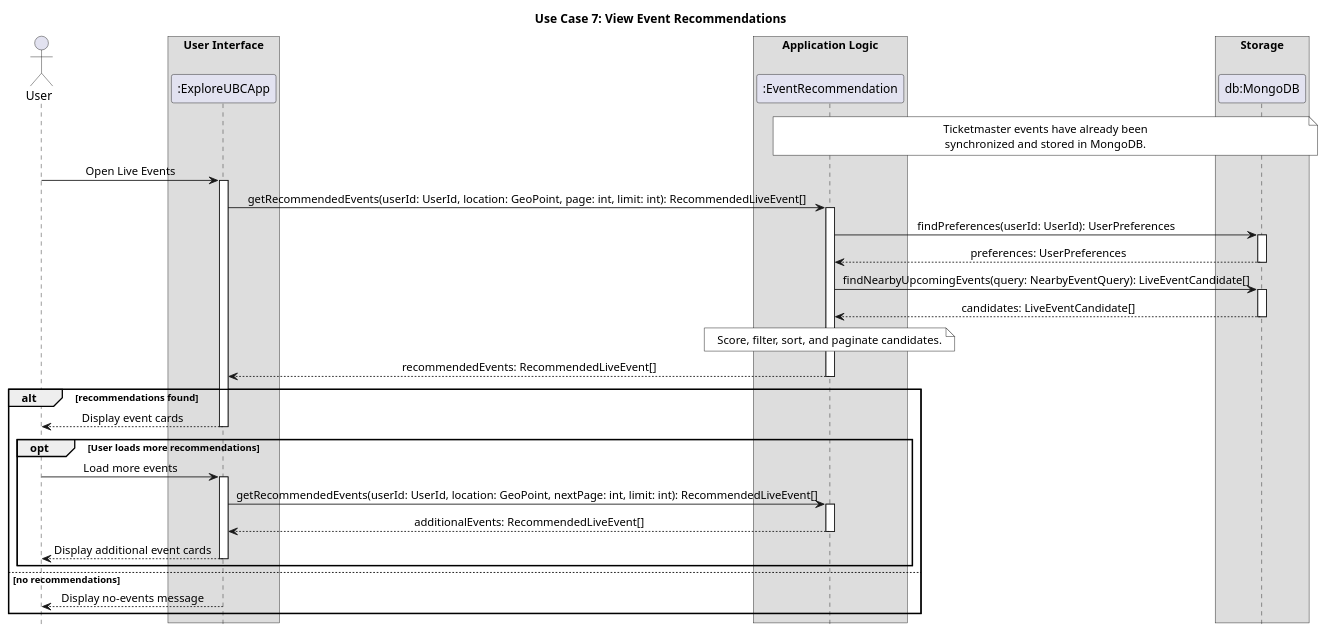
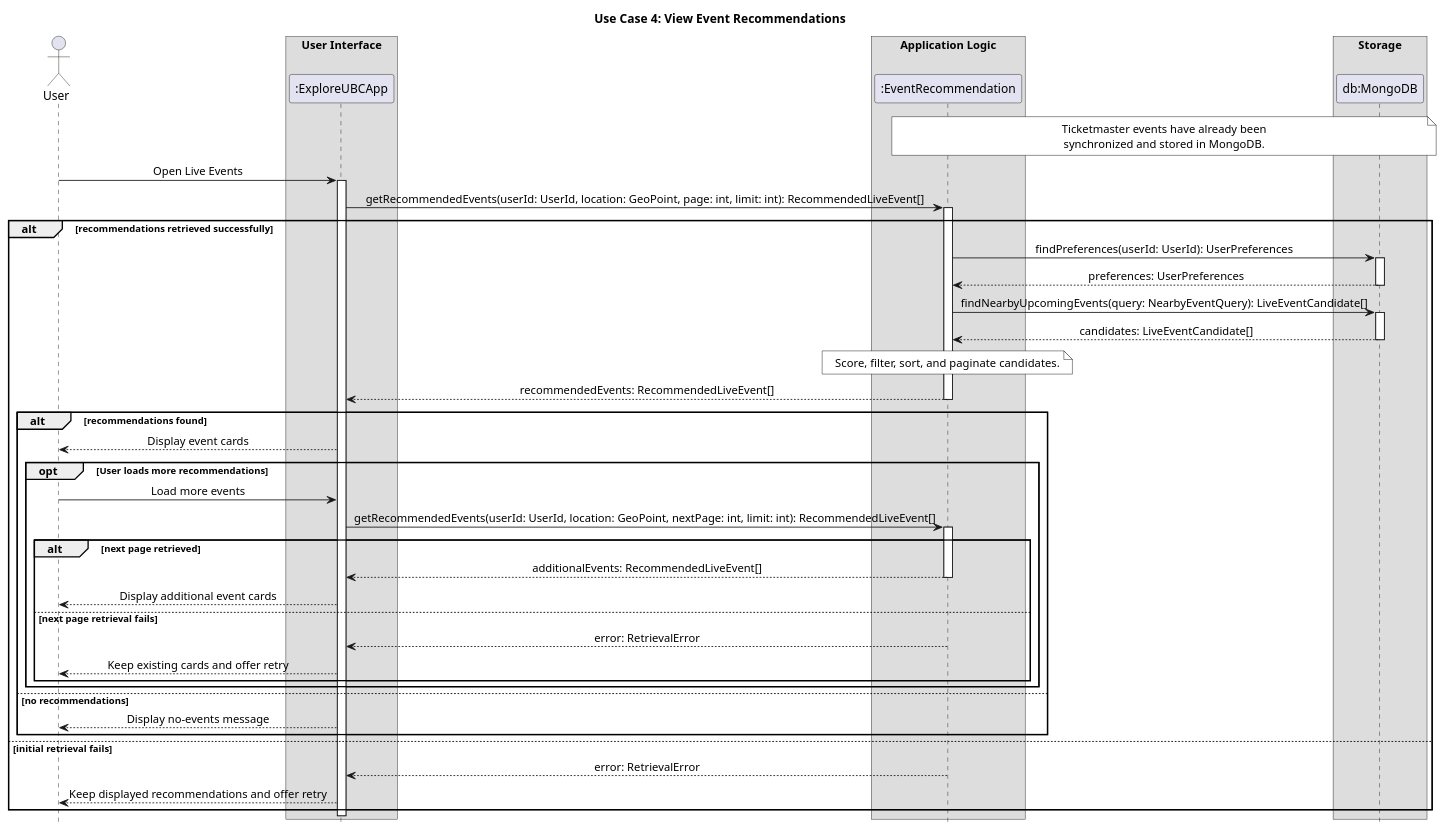
One commit to islamhampriv/ExploreUBC changed the diagram in documentation/images/view_events_seq_diagram.puml. Above: the diagram before and after it, drawn with PlantUML. The commit also changed 6 other files, not shown here.

```diff
--- a/documentation/images/view_events_seq_diagram.puml
+++ b/documentation/images/view_events_seq_diagram.puml
@@ -1,77 +1,86 @@
 @startuml
-title Use Case 7: View Event Recommendations
+title Use Case 4: View Event Recommendations
 
 skinparam ArrowFontStyle plain
 skinparam ParticipantStyle rectangle
 skinparam Shadowing false
 skinparam DefaultTextAlignment center
 skinparam SequenceMessageAlign center
 skinparam SequenceBoxFontSize 15
 skinparam SequenceBoxPadding 0
 skinparam FontName Arial
 skinparam NoteBackgroundColor white
 skinparam NoteBorderColor black
 hide footbox
 
 actor User
 
 box "User Interface"
 participant ":ExploreUBCApp" as App
 end box
 
 box "Application Logic"
 participant ":EventRecommendation" as EventRecommendation
 end box
 
 box "Storage"
 participant "db:MongoDB" as DB
 end box
 
 note over EventRecommendation, DB
 Ticketmaster events have already been
 synchronized and stored in MongoDB.
 end note
 
 User -> App : Open Live Events
 activate App
 
 App -> EventRecommendation : getRecommendedEvents(userId: UserId, location: GeoPoint, page: int, limit: int): RecommendedLiveEvent[]
 activate EventRecommendation
 
-EventRecommendation -> DB : findPreferences(userId: UserId): UserPreferences
-activate DB
-DB --> EventRecommendation : preferences: UserPreferences
-deactivate DB
+alt recommendations retrieved successfully
+    EventRecommendation -> DB : findPreferences(userId: UserId): UserPreferences
+    activate DB
+    DB --> EventRecommendation : preferences: UserPreferences
+    deactivate DB
 
-EventRecommendation -> DB : findNearbyUpcomingEvents(query: NearbyEventQuery): LiveEventCandidate[]
-activate DB
-DB --> EventRecommendation : candidates: LiveEventCandidate[]
-deactivate DB
+    EventRecommendation -> DB : findNearbyUpcomingEvents(query: NearbyEventQuery): LiveEventCandidate[]
+    activate DB
+    DB --> EventRecommendation : candidates: LiveEventCandidate[]
+    deactivate DB
 
-note over EventRecommendation
-Score, filter, sort, and paginate candidates.
-end note
+    note over EventRecommendation
+    Score, filter, sort, and paginate candidates.
+    end note
 
-EventRecommendation --> App : recommendedEvents: RecommendedLiveEvent[]
-deactivate EventRecommendation
+    EventRecommendation --> App : recommendedEvents: RecommendedLiveEvent[]
+    deactivate EventRecommendation
 
-alt recommendations found
-    App --> User : Display event cards
-    deactivate App
+    alt recommendations found
+        App --> User : Display event cards
 
-    opt User loads more recommendations
-        User -> App : Load more events
-        activate App
-        App -> EventRecommendation : getRecommendedEvents(userId: UserId, location: GeoPoint, nextPage: int, limit: int): RecommendedLiveEvent[]
-        activate EventRecommendation
-        EventRecommendation --> App : additionalEvents: RecommendedLiveEvent[]
-        deactivate EventRecommendation
-        App --> User : Display additional event cards
-        deactivate App
+        opt User loads more recommendations
+            User -> App : Load more events
+            App -> EventRecommendation : getRecommendedEvents(userId: UserId, location: GeoPoint, nextPage: int, limit: int): RecommendedLiveEvent[]
+            activate EventRecommendation
+            alt next page retrieved
+                EventRecommendation --> App : additionalEvents: RecommendedLiveEvent[]
+                deactivate EventRecommendation
+                App --> User : Display additional event cards
+            else next page retrieval fails
+                EventRecommendation --> App : error: RetrievalError
+                deactivate EventRecommendation
+                App --> User : Keep existing cards and offer retry
+            end
+        end
+    else no recommendations
+        App --> User : Display no-events message
     end
-else no recommendations
-    App --> User : Display no-events message
-    deactivate App
+else initial retrieval fails
+    EventRecommendation --> App : error: RetrievalError
+    deactivate EventRecommendation
+    App --> User : Keep displayed recommendations and offer retry
 end
 
+deactivate App
 @enduml
```
